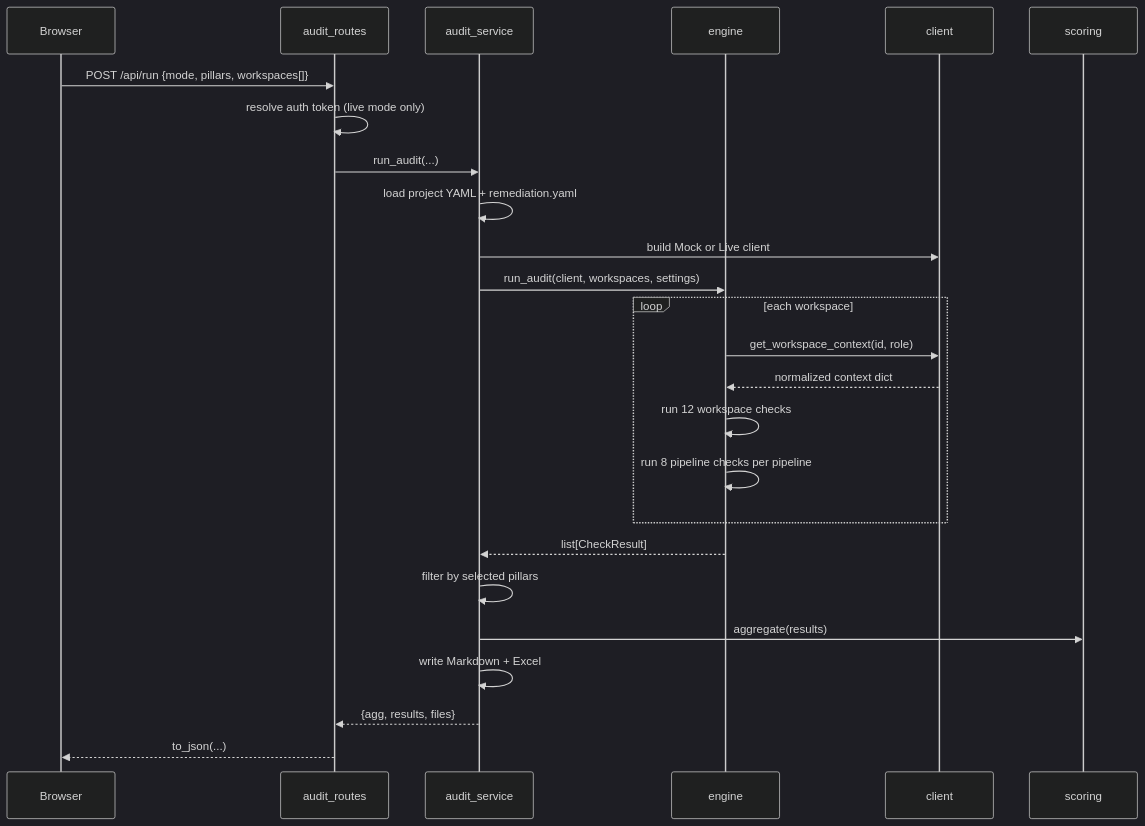
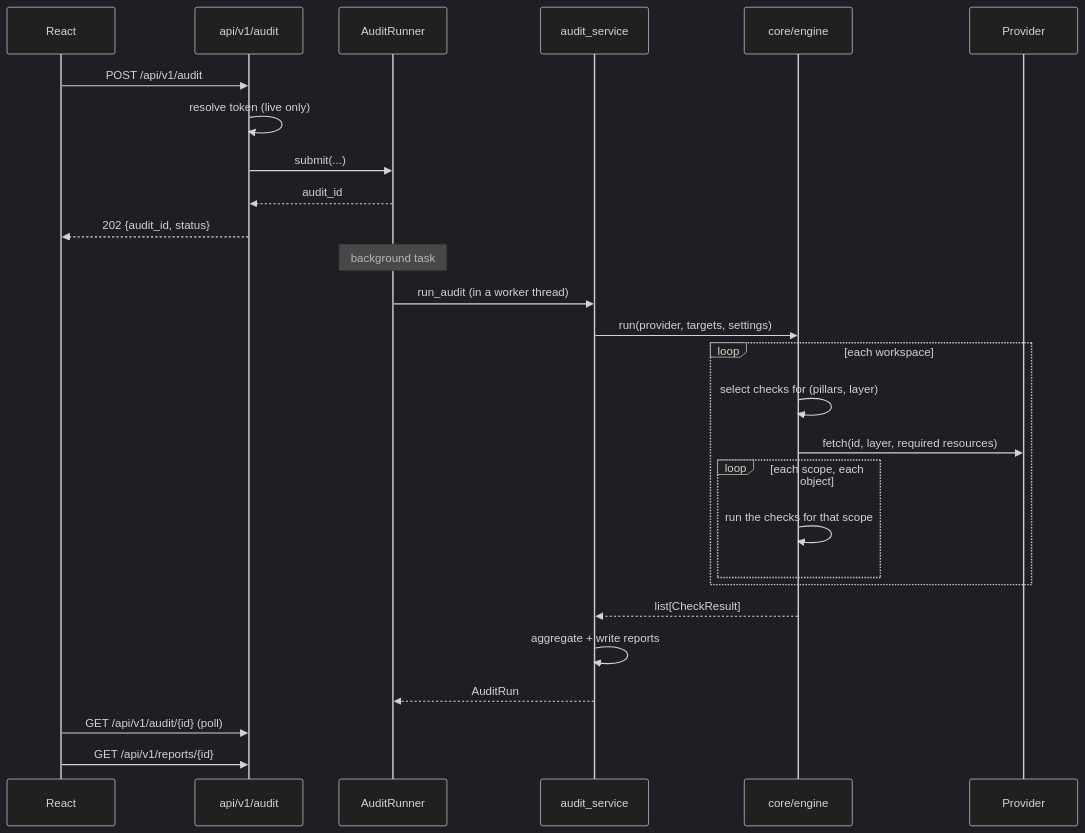
The second of 2 diagrams in docs/architecture.md (ridamgupta25/Microsoft-Fabric-Well-Architected-Auditor), drawn with Mermaid (dark theme) before and after one commit. The commit also changed other lines of this file and 21 other files, not shown here.

````diff
--- a/docs/architecture.md
+++ b/docs/architecture.md
@@ -101,28 +104,30 @@
 ```mermaid
 sequenceDiagram
-    participant B as Browser
-    participant R as audit_routes
+    participant UI as React
+    participant API as api/v1/audit
+    participant R as AuditRunner
     participant S as audit_service
-    participant E as engine
-    participant C as client
-    participant A as scoring
+    participant E as core/engine
+    participant P as Provider
 
-    B->>R: POST /api/run {mode, pillars, workspaces[]}
-    R->>R: resolve auth token (live mode only)
-    R->>S: run_audit(...)
-    S->>S: load project YAML + remediation.yaml
-    S->>C: build Mock or Live client
-    S->>E: run_audit(client, workspaces, settings)
+    UI->>API: POST /api/v1/audit
+    API->>API: resolve token (live only)
+    API->>R: submit(...)
+    R-->>API: audit_id
+    API-->>UI: 202 {audit_id, status}
+    Note over R: background task
+    R->>S: run_audit (in a worker thread)
+    S->>E: run(provider, targets, settings)
     loop each workspace
-        E->>C: get_workspace_context(id, role)
-        C-->>E: normalized context dict
-        E->>E: run 12 workspace checks
-        E->>E: run 8 pipeline checks per pipeline
+        E->>E: select checks for (pillars, layer)
+        E->>P: fetch(id, layer, required resources)
+        loop each scope, each object
+            E->>E: run the checks for that scope
+        end
     end
     E-->>S: list[CheckResult]
-    S->>S: filter by selected pillars
-    S->>A: aggregate(results)
-    S->>S: write Markdown + Excel
-    S-->>R: {agg, results, files}
-    R-->>B: to_json(...)
+    S->>S: aggregate + write reports
+    S-->>R: AuditRun
+    UI->>API: GET /api/v1/audit/{id} (poll)
+    UI->>API: GET /api/v1/reports/{id}
 ```
````
